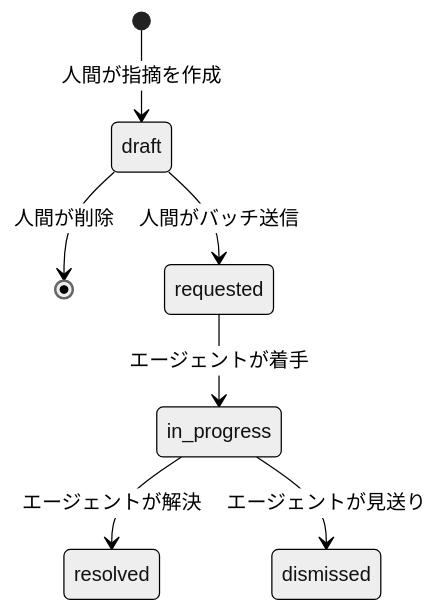
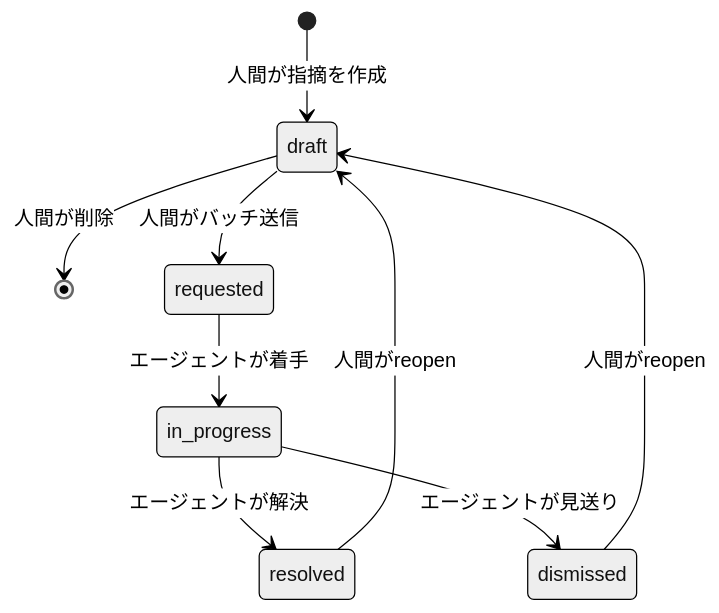
One commit to coji/zenn-content changed the second of 5 diagrams in articles/artifactshare-preview-claude-codex-cursor.md. Above: the diagram before and after it, drawn with Mermaid (neutral theme). The commit also changed other lines of this file, not shown here.

Commit message:
Revise draft based on first-read review: fix typo, add missing product intro, cite sources, resolve state-diagram/text mismatch

````diff
--- a/articles/artifactshare-preview-claude-codex-cursor.md
+++ b/articles/artifactshare-preview-claude-codex-cursor.md
@@ -85,9 +89,11 @@
 ```mermaid
 stateDiagram-v2
     [*] --> draft: 人間が指摘を作成
     draft --> [*]: 人間が削除
     draft --> requested: 人間がバッチ送信
     requested --> in_progress: エージェントが着手
     in_progress --> resolved: エージェントが解決
     in_progress --> dismissed: エージェントが見送り
+    resolved --> draft: 人間がreopen
+    dismissed --> draft: 人間がreopen
 ```
````
